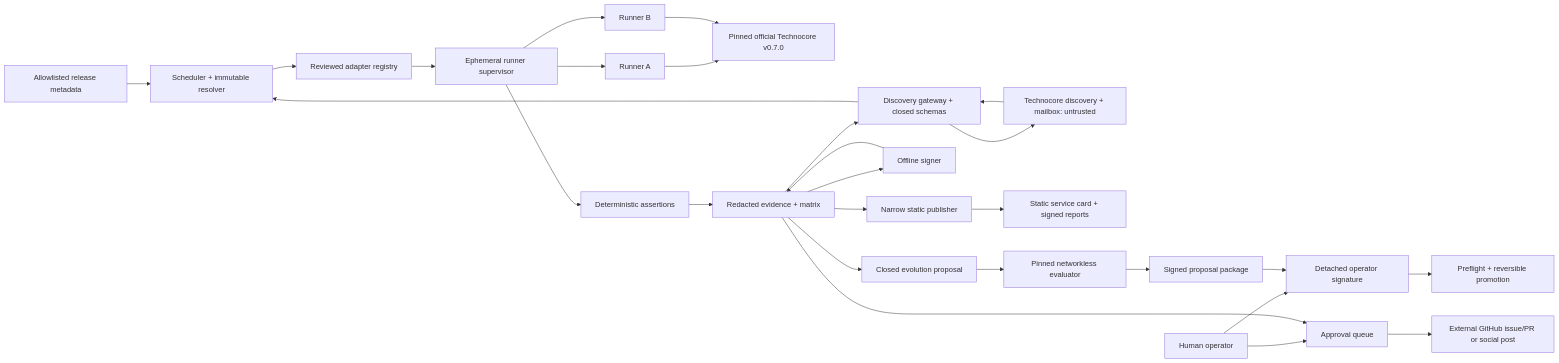
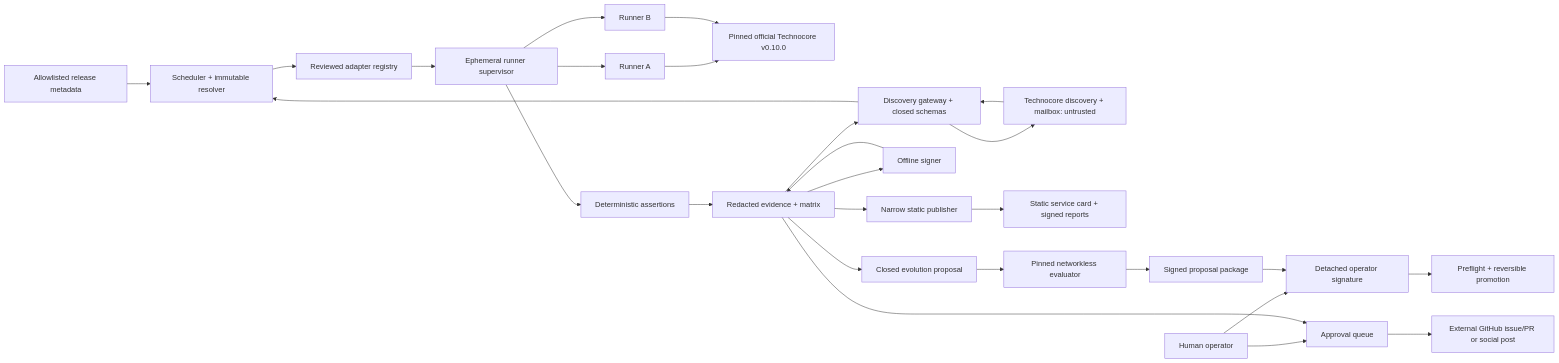
The diagram in docs/ARCHITECTURE.md (RosettaTcore/technocore-rosetta), drawn with Mermaid before and after one commit. The commit also changed other lines of this file and 44 other files, not shown here.

````diff
--- a/docs/ARCHITECTURE.md
+++ b/docs/ARCHITECTURE.md
@@ -5,29 +5,29 @@
 ```mermaid
 flowchart LR
     SRC["Allowlisted release metadata"] --> SC["Scheduler + immutable resolver"]
     TC["Technocore discovery + mailbox: untrusted"] --> DG["Discovery gateway + closed schemas"]
     DG --> SC
     SC --> AR["Reviewed adapter registry"]
     AR --> RS["Ephemeral runner supervisor"]
     RS --> A1["Runner A"]
     RS --> A2["Runner B"]
-    A1 --> LT["Pinned official Technocore v0.7.0"]
+    A1 --> LT["Pinned official Technocore v0.10.0"]
     A2 --> LT
     RS --> AS["Deterministic assertions"]
     AS --> EV["Redacted evidence + matrix"]
     EV --> SG["Offline signer"]
     SG --> EV
     EV --> PB["Narrow static publisher"]
     PB --> CARD["Static service card + signed reports"]
     EV --> DG
     DG --> TC
     EV --> EP["Closed evolution proposal"]
     EP --> CE["Pinned networkless evaluator"]
     CE --> SA["Signed proposal package"]
     OP["Human operator"] --> AP["Approval queue"]
     OP --> OA["Detached operator signature"]
     SA --> OA
     OA --> PR["Preflight + reversible promotion"]
     EV --> AP
     AP --> EXT["External GitHub issue/PR or social post"]
 ```
````
